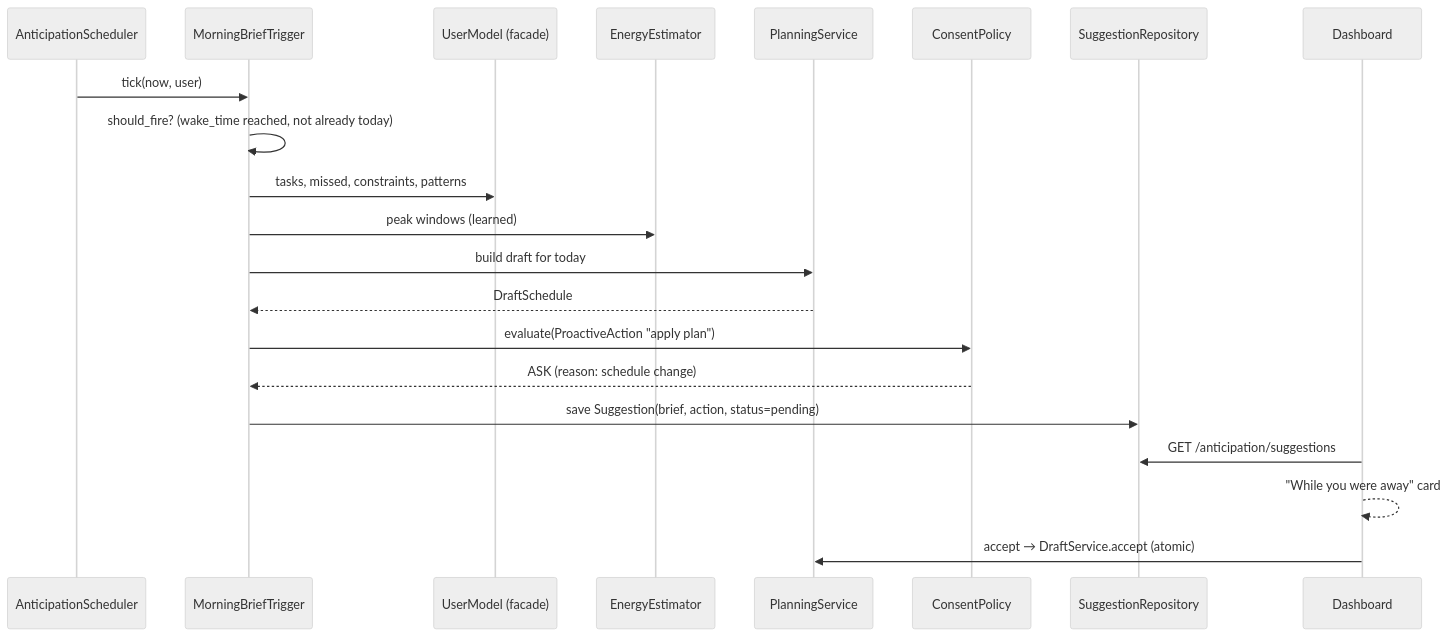
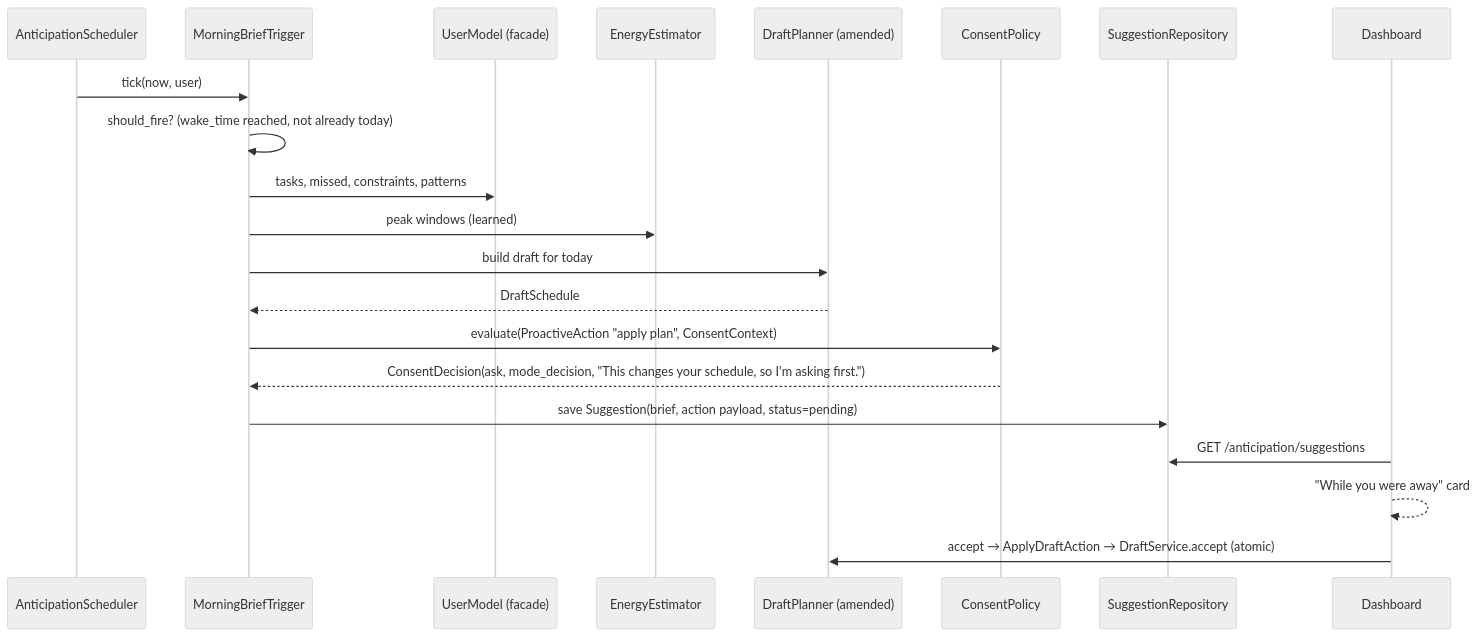
Before and after one commit to HackHeroic/Jarvis-Engine: the second of 2 diagrams in docs/superpowers/specs/2026-11-14-capstone-lld-and-anticipation-design.md, drawn with Mermaid (neutral theme). The commit also changed other lines of this file and 8 other files, not shown here.

````diff
--- a/docs/superpowers/specs/2026-11-14-capstone-lld-and-anticipation-design.md
+++ b/docs/superpowers/specs/2026-11-14-capstone-lld-and-anticipation-design.md
@@ -238,23 +276,23 @@
 ```mermaid
 sequenceDiagram
     participant Clock as AnticipationScheduler
     participant T as MorningBriefTrigger
     participant UM as UserModel (facade)
     participant EE as EnergyEstimator
-    participant PL as PlanningService
+    participant PL as DraftPlanner (amended)
     participant CP as ConsentPolicy
     participant SR as SuggestionRepository
     participant FE as Dashboard
     Clock->>T: tick(now, user)
     T->>T: should_fire? (wake_time reached, not already today)
     T->>UM: tasks, missed, constraints, patterns
     T->>EE: peak windows (learned)
     T->>PL: build draft for today
     PL-->>T: DraftSchedule
-    T->>CP: evaluate(ProactiveAction "apply plan")
-    CP-->>T: ASK (reason: schedule change)
-    T->>SR: save Suggestion(brief, action, status=pending)
+    T->>CP: evaluate(ProactiveAction "apply plan", ConsentContext)
+    CP-->>T: ConsentDecision(ask, mode_decision, "This changes your schedule, so I'm asking first.")
+    T->>SR: save Suggestion(brief, action payload, status=pending)
     FE->>SR: GET /anticipation/suggestions
     FE-->>FE: "While you were away" card
-    FE->>PL: accept → DraftService.accept (atomic)
+    FE->>PL: accept → ApplyDraftAction → DraftService.accept (atomic)
 ```
````
